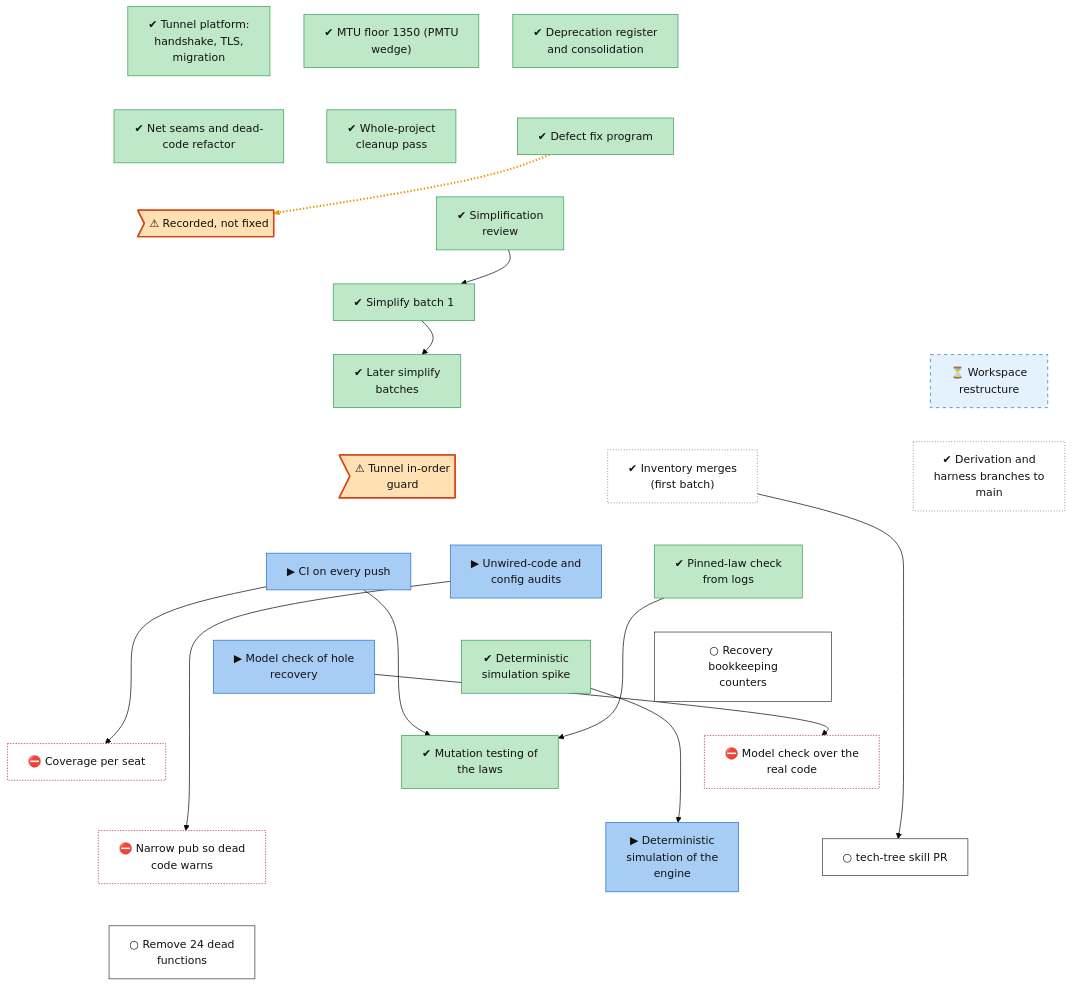
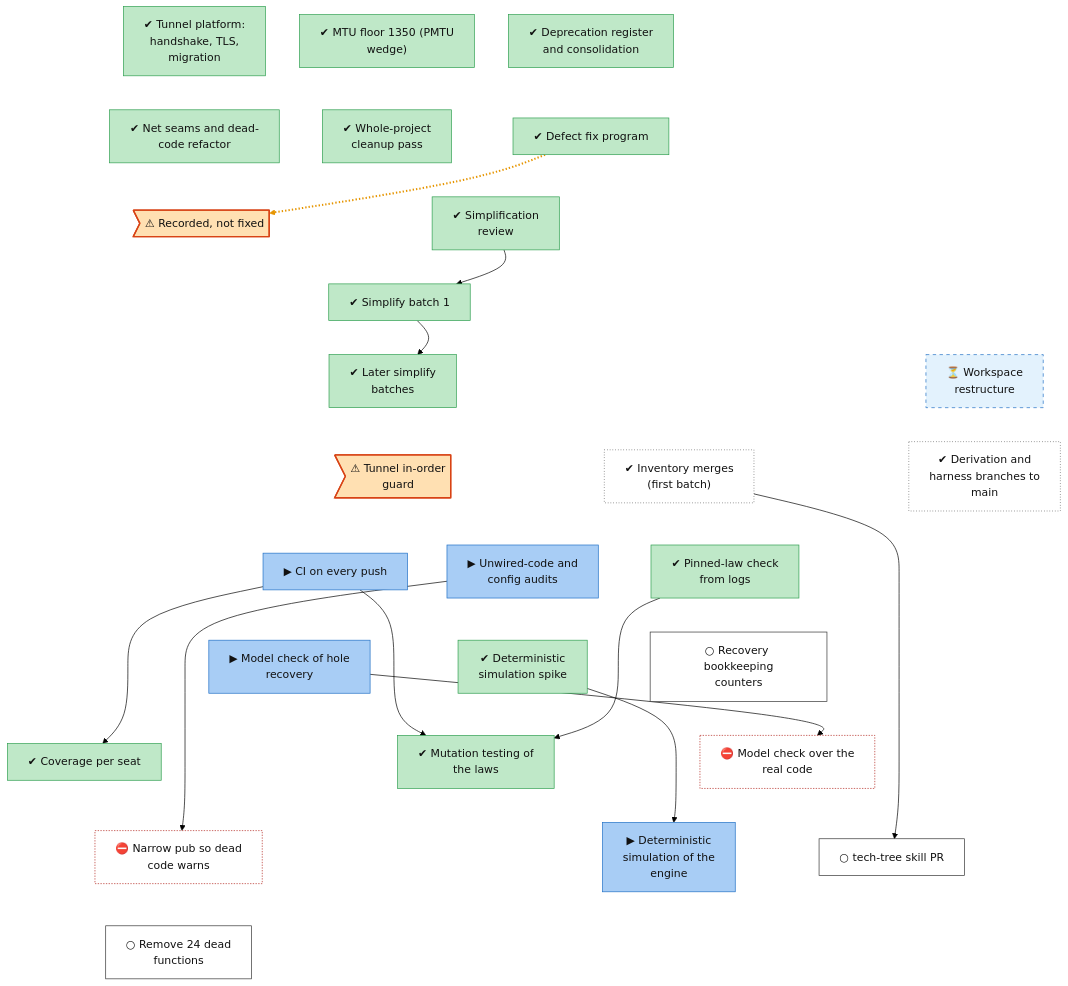
The diagram in docs/roadmap/tracks/infra.md (lhns/raptorpath), drawn with Mermaid (forest theme) before and after one commit. The commit also changed other lines of this file and 2 other files, not shown here.

Commit message:
roadmap: coverage per seat done (S5); no test reaches a shed site in any seat

````diff
--- a/docs/roadmap/tracks/infra.md
+++ b/docs/roadmap/tracks/infra.md
@@ -29,7 +29,7 @@
     infra_test_recovery_model["▶ Model check of hole<br/>recovery"]
     infra_test_sim_spike["✔ Deterministic<br/>simulation spike"]
     infra_test_recovery_counters["○ Recovery bookkeeping<br/>counters"]
-    infra_test_seat_coverage["⛔ Coverage per seat"]
+    infra_test_seat_coverage["✔ Coverage per seat"]
     infra_test_mutation["✔ Mutation testing of<br/>the laws"]
     infra_test_model_real_decisions["⛔ Model check over the<br/>real code"]
     infra_test_pub_narrowing["⛔ Narrow pub so dead<br/>code warns"]
@@ -86,11 +86,11 @@
     classDef userdec fill:#d9c2f0,stroke:#7b3fb5,color:#111
     classDef defect fill:#ffe0b2,stroke:#d84315,stroke-width:2px,color:#111
     classDef waiting fill:#e3f2fd,stroke:#1f6fc5,stroke-dasharray:5 5,color:#111
-    class infra_early_platform,infra_mtu_floor,infra_consolidation,infra_net_seams,infra_cleanup_0927,infra_fix_program,infra_simplify_review,infra_simplify_batch1,infra_simplify_batch2,infra_test_pinned_law_check,infra_test_sim_spike,infra_test_mutation succ
+    class infra_early_platform,infra_mtu_floor,infra_consolidation,infra_net_seams,infra_cleanup_0927,infra_fix_program,infra_simplify_review,infra_simplify_batch1,infra_simplify_batch2,infra_test_pinned_law_check,infra_test_sim_spike,infra_test_seat_coverage,infra_test_mutation succ
     class infra_defect_recorded_not_fixed,infra_tunnel_inorder_guard defect
     class infra_restructure waiting
     class infra_inventory_merges,infra_derivation_merges unrated
     class infra_test_ci_gate,infra_test_static_audits,infra_test_recovery_model,infra_test_sim_engine inprog
     class infra_test_recovery_counters,infra_tech_tree_skill,infra_dead_code_batch next
-    class infra_test_seat_coverage,infra_test_model_real_decisions,infra_test_pub_narrowing blocked
+    class infra_test_model_real_decisions,infra_test_pub_narrowing blocked
 ```
````
